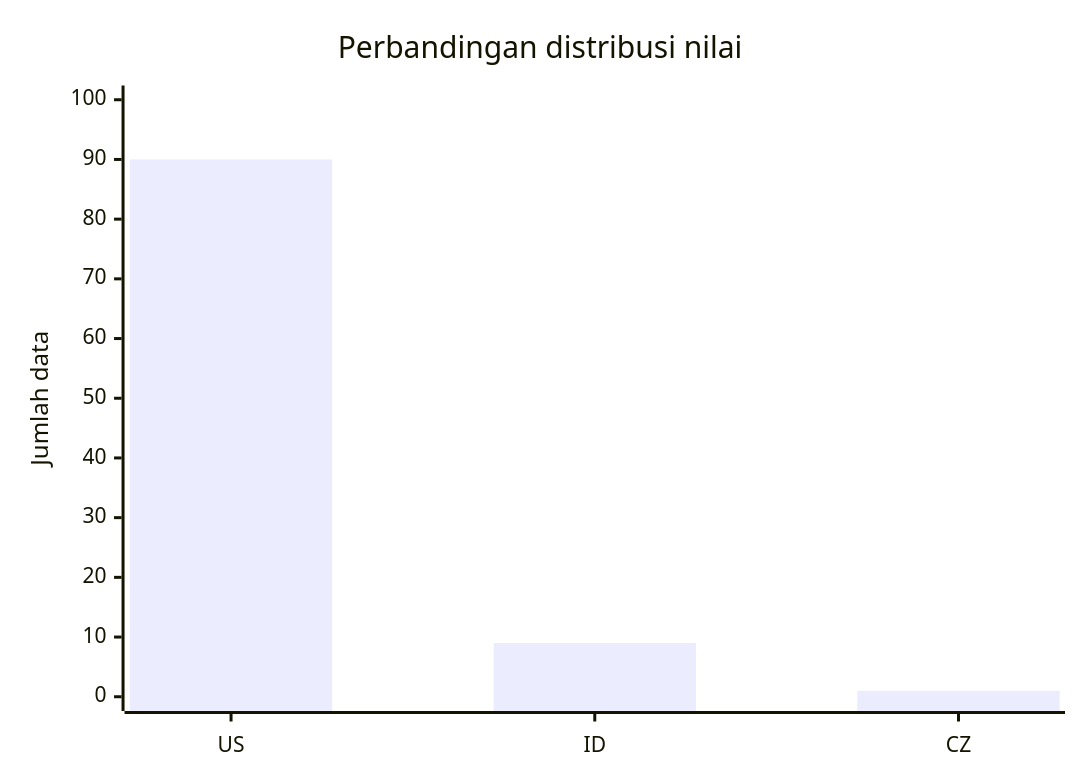
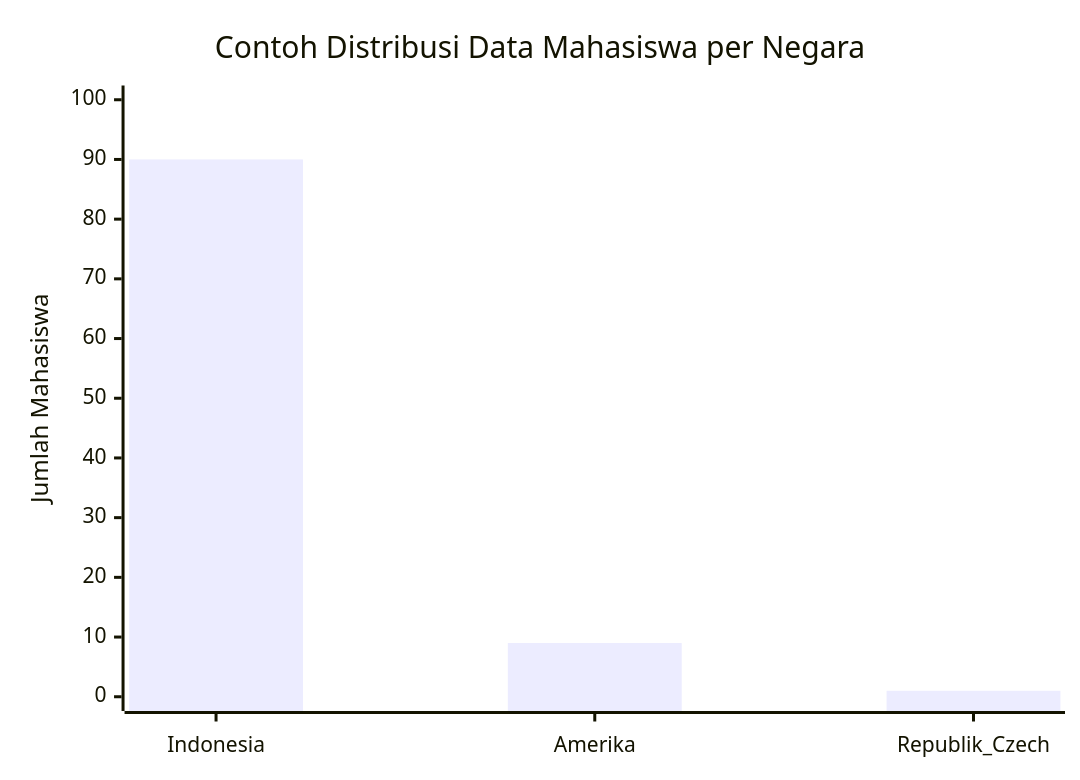
The second of 2 diagrams in Modul Baru/week 5-Analisis EXPLAIN dan EXPLAIN ANALYZE.md (arifwicax/administrasi-basis-data), drawn with Mermaid before and after one commit. The commit also changed other lines of this file and 1 other file, not shown here.

````diff
--- a/Modul Baru/week 5-Analisis EXPLAIN dan EXPLAIN ANALYZE.md
+++ b/Modul Baru/week 5-Analisis EXPLAIN dan EXPLAIN ANALYZE.md
@@ -388,7 +418,7 @@
 ```mermaid
 xychart-beta
-  title "Perbandingan distribusi nilai"
-  x-axis [US, ID, CZ]
-  y-axis "Jumlah data" 0 --> 100
+  title "Contoh Distribusi Data Mahasiswa per Negara"
+  x-axis [Indonesia, Amerika, Republik_Czech]
+  y-axis "Jumlah Mahasiswa" 0 --> 100
   bar [90, 9, 1]
 ```
````
